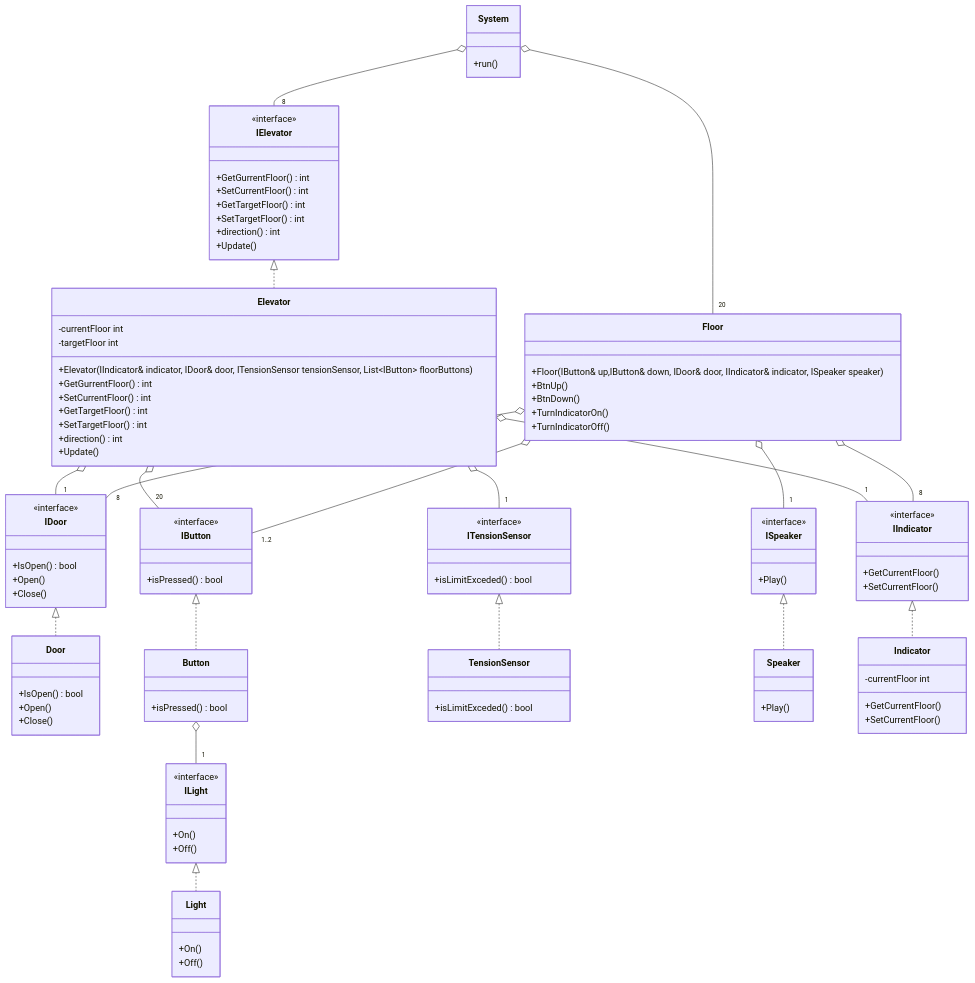
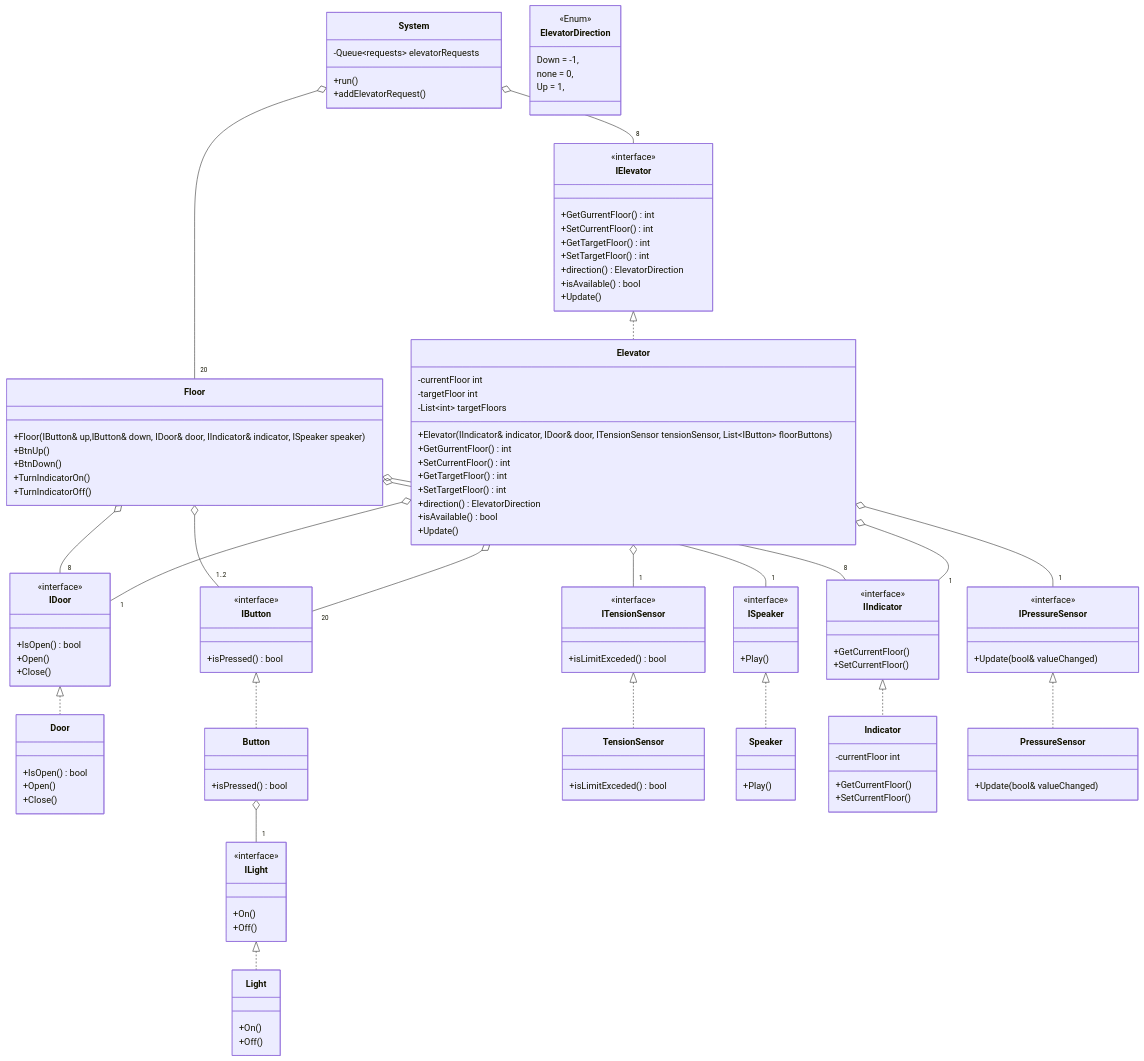
Before and after one commit to gamepro110/t-db3-2324nj: the diagram in notes/SD/challenge_2_elevator/class diagram.md, drawn with Mermaid. The commit also changed 2 other files, not shown here.

Commit message:
Update class + sequence diagrams (sequence still wip)

````diff
--- a/notes/SD/challenge_2_elevator/class diagram.md
+++ b/notes/SD/challenge_2_elevator/class diagram.md
@@ -9,6 +9,8 @@
 direction TB
 class System {
 	+run()
+	+addElevatorRequest()
+	-Queue~requests~ elevatorRequests
 }
 class IDoor {
 	<<interface>>
@@ -68,13 +70,20 @@
 	+TurnIndicatorOn()
 	+TurnIndicatorOff()
 }
+class ElevatorDirection {
+    <<Enum>>
+    Down = -1,
+    none = 0,
+    Up = 1,
+}
 class IElevator {
 	<<interface>>
 	+GetGurrentFloor() int
 	+SetCurrentFloor() int
 	+GetTargetFloor() int
 	+SetTargetFloor() int
-	+direction() int
+	+direction() ElevatorDirection
+	+isAvailable() bool
 	+Update()
 }
 class Elevator {
@@ -85,8 +94,17 @@
 	+SetCurrentFloor() int
 	+GetTargetFloor() int
 	+SetTargetFloor() int
-	+direction() int
+	+direction() ElevatorDirection
+	+isAvailable() bool
 	+Update()
+	-List~int~ targetFloors
+}
+class IPressureSensor {
+    <<interface>>
+    +Update(bool& valueChanged)
+}
+class PressureSensor {
+    +Update(bool& valueChanged)
 }
 
 %% relations --------------------------------
@@ -103,6 +121,7 @@
 Elevator o--"1" IDoor
 Elevator o--"20" IButton
 Elevator o--"1" ITensionSensor
+Elevator o--"1" IPressureSensor
 
 IButton <|.. Button
 IDoor <|.. Door
@@ -111,6 +130,7 @@
 IIndicator <|.. Indicator
 IElevator <|.. Elevator
 ITensionSensor <|.. TensionSensor
+IPressureSensor <|.. PressureSensor
 
 Button o--"1" ILight
 ```
````
